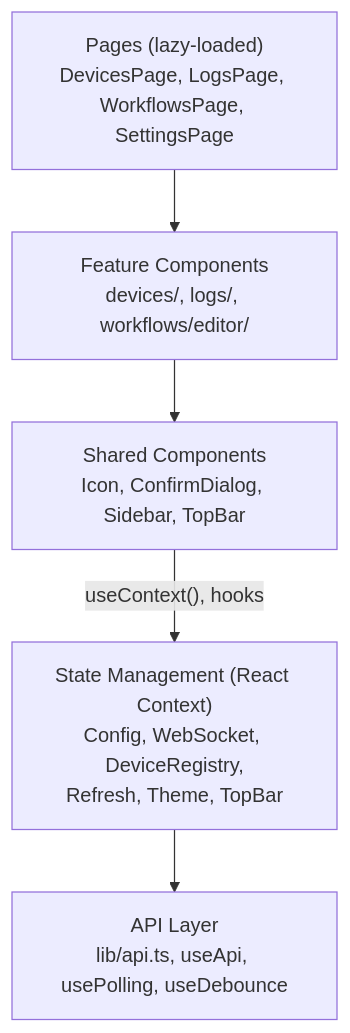
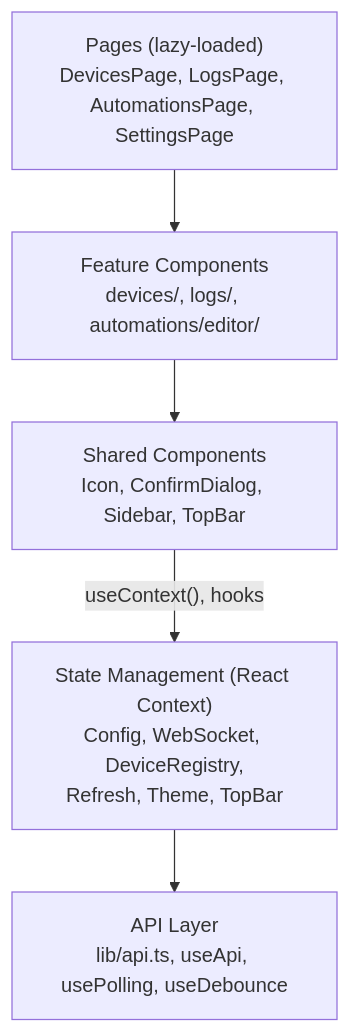
One commit to novoapro/compai-home changed the eighth of 9 diagrams in DESIGN.md. Above: the diagram before and after it, drawn with Mermaid. The commit also changed other lines of this file and 459 other files, not shown here.

````diff
--- a/DESIGN.md
+++ b/DESIGN.md
@@ -608,13 +608,13 @@
 ```mermaid
 graph TD
-    Pages["Pages (lazy-loaded)<br/>DevicesPage, LogsPage, WorkflowsPage, SettingsPage"]
-    Features["Feature Components<br/>devices/, logs/, workflows/editor/"]
+    Pages["Pages (lazy-loaded)<br/>DevicesPage, LogsPage, AutomationsPage, SettingsPage"]
+    Features["Feature Components<br/>devices/, logs/, automations/editor/"]
     Shared["Shared Components<br/>Icon, ConfirmDialog, Sidebar, TopBar"]
     State["State Management (React Context)<br/>Config, WebSocket, DeviceRegistry,<br/>Refresh, Theme, TopBar"]
     API["API Layer<br/>lib/api.ts, useApi, usePolling, useDebounce"]
 
     Pages --> Features
     Features --> Shared
     Shared -- "useContext(), hooks" --> State
     State --> API
 ```
````
